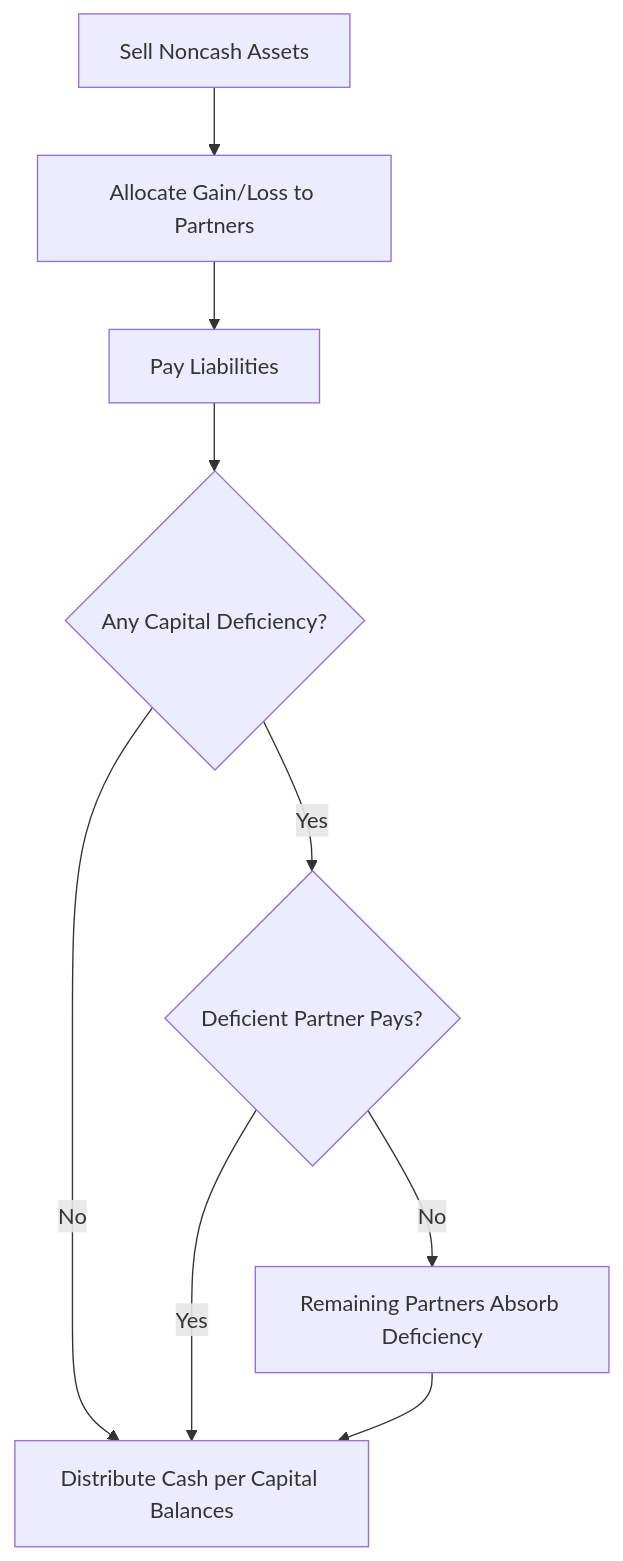
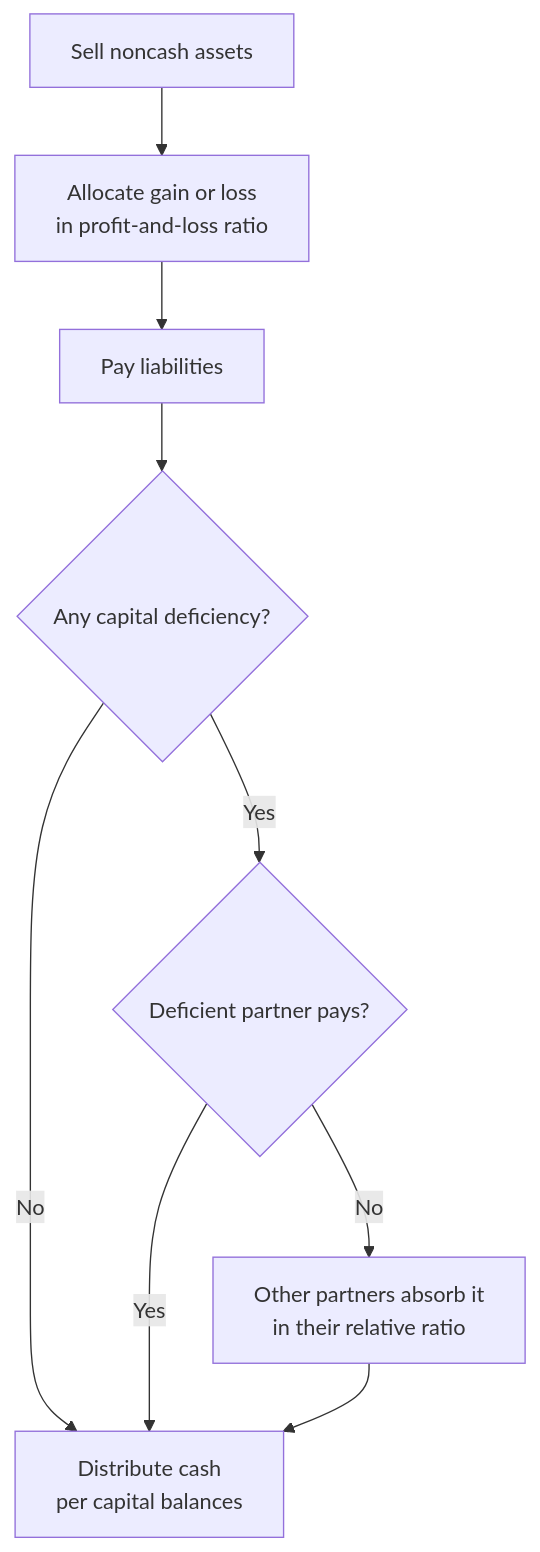
The diagram in docs/far/equity/partnerships.md (subwaymatch/cpabear-book), drawn with Mermaid before and after one commit. The commit also changed other lines of this file and 204 other files, not shown here.

First line of the commit message:
Update the book for the 2027 CPA Exam Blueprints, fix dark-mode diagrams, add diagram zoom (#49)

````diff
--- a/docs/far/equity/partnerships.md
+++ b/docs/far/equity/partnerships.md
@@ -421,11 +240,11 @@
 ```mermaid
 flowchart TD
-    A[Sell Noncash Assets] --> B[Allocate Gain/Loss to Partners]
-    B --> C[Pay Liabilities]
-    C --> D{Any Capital Deficiency?}
-    D -- No --> E[Distribute Cash per Capital Balances]
-    D -- Yes --> F{Deficient Partner Pays?}
+    A[Sell noncash assets] --> B["Allocate gain or loss<br/>in profit-and-loss ratio"]
+    B --> C[Pay liabilities]
+    C --> D{Any capital deficiency?}
+    D -- No --> E["Distribute cash<br/>per capital balances"]
+    D -- Yes --> F{Deficient partner pays?}
     F -- Yes --> E
-    F -- No --> G[Remaining Partners Absorb Deficiency]
+    F -- No --> G["Other partners absorb it<br/>in their relative ratio"]
     G --> E
 ```
````
